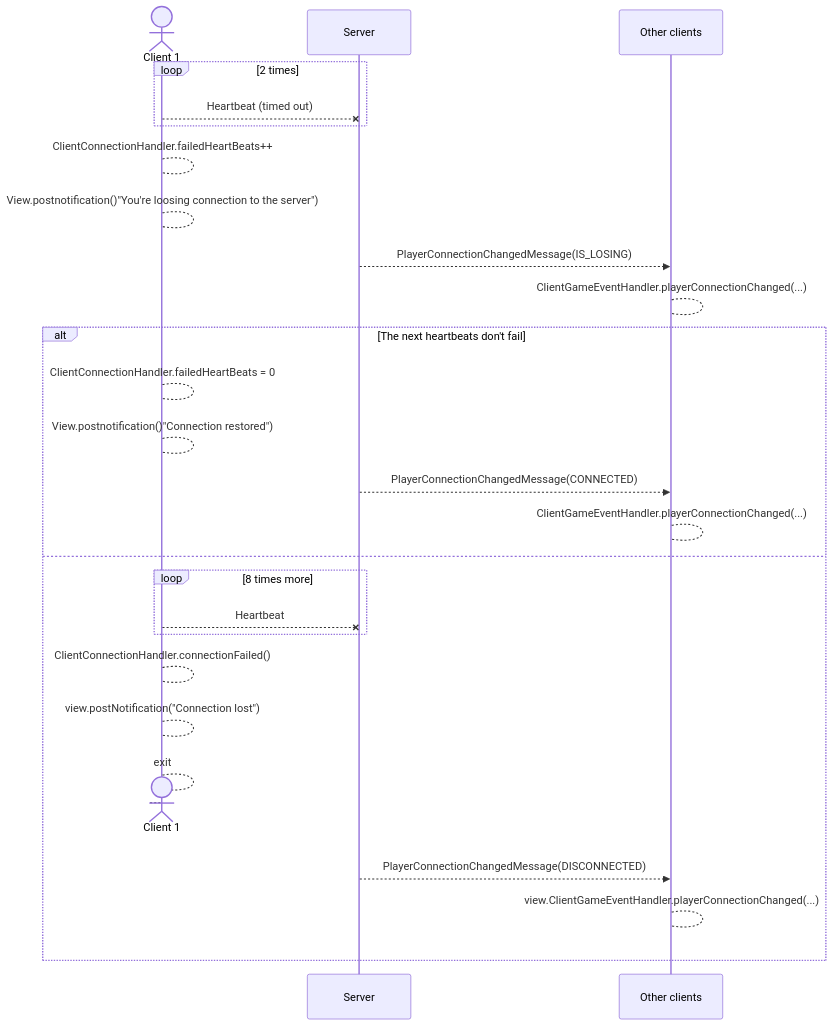
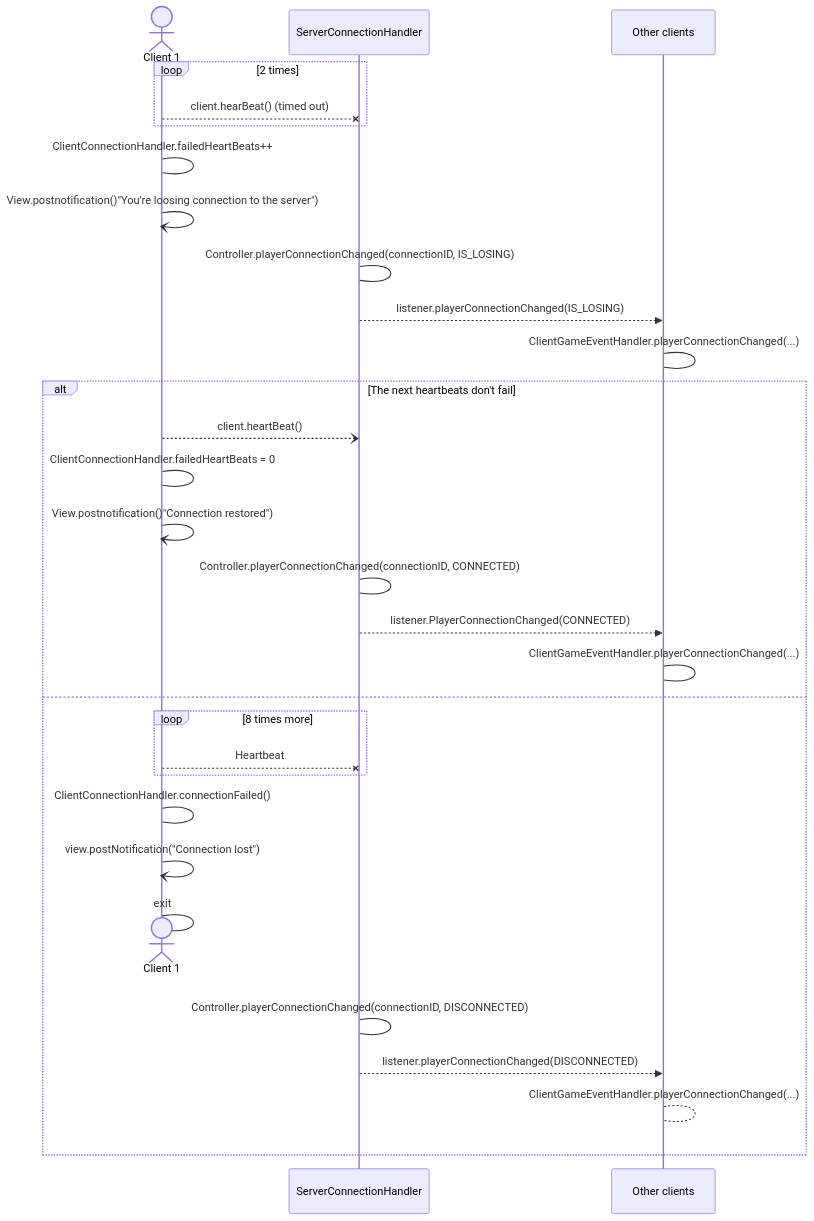
The second of 10 diagrams in documentation_wip/network_protocol.md (frephs/IS24-AM21), drawn with Mermaid before and after one commit. The commit also changed other lines of this file, not shown here.

Commit message:
fix: network docs up to game started

````diff
--- a/documentation_wip/network_protocol.md
+++ b/documentation_wip/network_protocol.md
@@ -40,32 +40,37 @@
 ```mermaid
 sequenceDiagram
     actor Client 1
     loop 2 times
-    Client 1 --x Server: Heartbeat (timed out)
+    Client 1 --x ServerConnectionHandler: client.hearBeat() (timed out)
     end 
-    Client 1 --> Client 1 : ClientConnectionHandler.failedHeartBeats++
-    Client 1 --> Client 1 : View.postnotification()"You're loosing connection to the server")
-    Server -->> Other clients : PlayerConnectionChangedMessage(IS_LOSING)
-    Other clients --> Other clients : ClientGameEventHandler.playerConnectionChanged(...)
+    Client 1 -> Client 1 : ClientConnectionHandler.failedHeartBeats++
+    Client 1 -) Client 1 : View.postnotification()"You're loosing connection to the server")
+    ServerConnectionHandler ->  ServerConnectionHandler : Controller.playerConnectionChanged(connectionID, IS_LOSING)
+    ServerConnectionHandler -->> Other clients : listener.playerConnectionChanged(IS_LOSING)
+    Other clients -> Other clients : ClientGameEventHandler.playerConnectionChanged(...)
     alt The next heartbeats don't fail
-        Client 1 --> Client 1 : ClientConnectionHandler.failedHeartBeats = 0
-    Client 1 --> Client 1 : View.postnotification()"Connection restored")
-    Server -->> Other clients : PlayerConnectionChangedMessage(CONNECTED)
-    Other clients --> Other clients : ClientGameEventHandler.playerConnectionChanged(...)
+        Client 1 --) ServerConnectionHandler: client.heartBeat()
+
+        Client 1 -> Client 1 : ClientConnectionHandler.failedHeartBeats = 0
+    Client 1 -) Client 1 : View.postnotification()"Connection restored")
+    ServerConnectionHandler ->  ServerConnectionHandler : Controller.playerConnectionChanged(connectionID, CONNECTED)
+    ServerConnectionHandler -->> Other clients : listener.PlayerConnectionChanged(CONNECTED)
+    Other clients -> Other clients : ClientGameEventHandler.playerConnectionChanged(...)
     else 
     loop 8 times more
-        Client 1 --x Server: Heartbeat 
+        Client 1 --x ServerConnectionHandler: Heartbeat 
     end 
-    Client 1 --> Client 1 : ClientConnectionHandler.connectionFailed()
+    Client 1 -> Client 1 : ClientConnectionHandler.connectionFailed()
 
-    Client 1 --> Client 1 : view.postNotification("Connection lost")
+    Client 1 -) Client 1 : view.postNotification("Connection lost")
 
-    Client 1 --> Client 1 : exit
+    Client 1 -> Client 1 : exit
     Destroy Client 1
     Client 1 --> Client 1 : 
-    Server -->> Other clients: PlayerConnectionChangedMessage(DISCONNECTED)
-    Other clients --> Other clients : view.ClientGameEventHandler.playerConnectionChanged(...)
+    ServerConnectionHandler ->  ServerConnectionHandler : Controller.playerConnectionChanged(connectionID, DISCONNECTED)
+    ServerConnectionHandler -->> Other clients: listener.playerConnectionChanged(DISCONNECTED)
+    Other clients --> Other clients : ClientGameEventHandler.playerConnectionChanged(...)
     end
     
 
 ```
````
